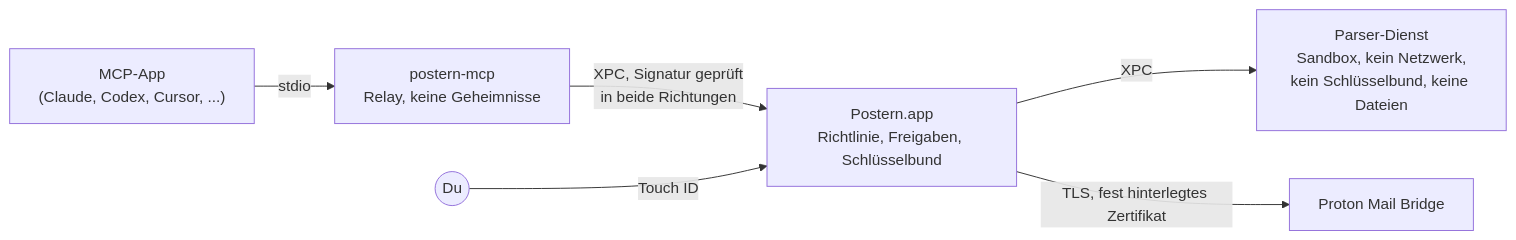
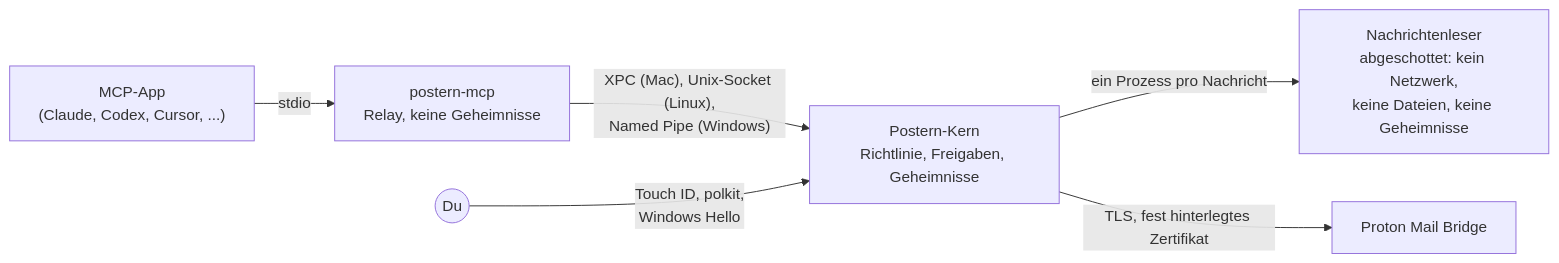
Before and after one commit to ruben4reall/postern: the diagram in README.de.md, drawn with Mermaid. The commit also changed other lines of this file and 30 other files, not shown here.

````diff
--- a/README.de.md
+++ b/README.de.md
@@ -376,8 +408,8 @@
 ```mermaid
 flowchart LR
     client["MCP-App<br>(Claude, Codex, Cursor, ...)"] -- "stdio" --> relay["postern-mcp<br>Relay, keine Geheimnisse"]
-    relay -- "XPC, Signatur geprüft<br>in beide Richtungen" --> core["Postern.app<br>Richtlinie, Freigaben, Schlüsselbund"]
-    core -- "XPC" --> parser["Parser-Dienst<br>Sandbox, kein Netzwerk,<br>kein Schlüsselbund, keine Dateien"]
+    relay -- "XPC (Mac), Unix-Socket (Linux),<br>Named Pipe (Windows)" --> core["Postern-Kern<br>Richtlinie, Freigaben, Geheimnisse"]
+    core -- "ein Prozess pro Nachricht" --> parser["Nachrichtenleser<br>abgeschottet: kein Netzwerk,<br>keine Dateien, keine Geheimnisse"]
     core -- "TLS, fest hinterlegtes Zertifikat" --> bridge["Proton Mail Bridge"]
-    you(("Du")) -- "Touch ID" --> core
+    you(("Du")) -- "Touch ID, polkit,<br>Windows Hello" --> core
 ```
````
